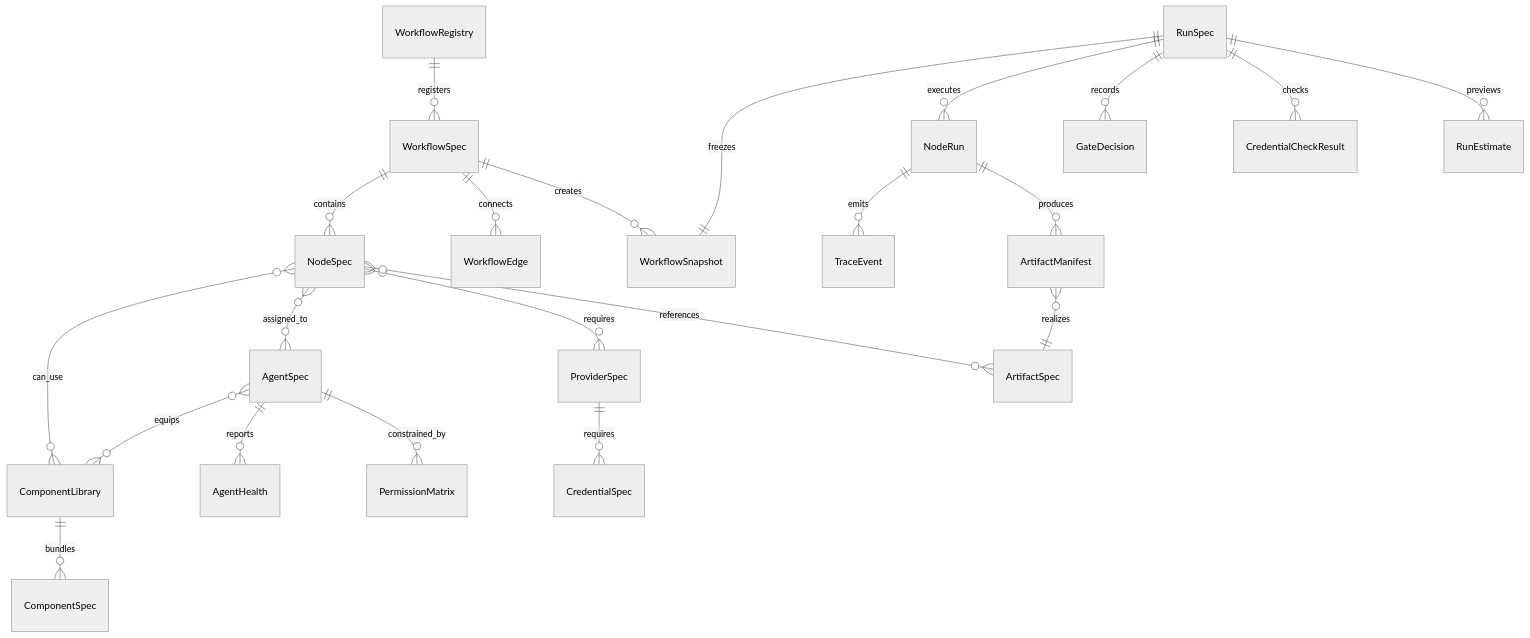
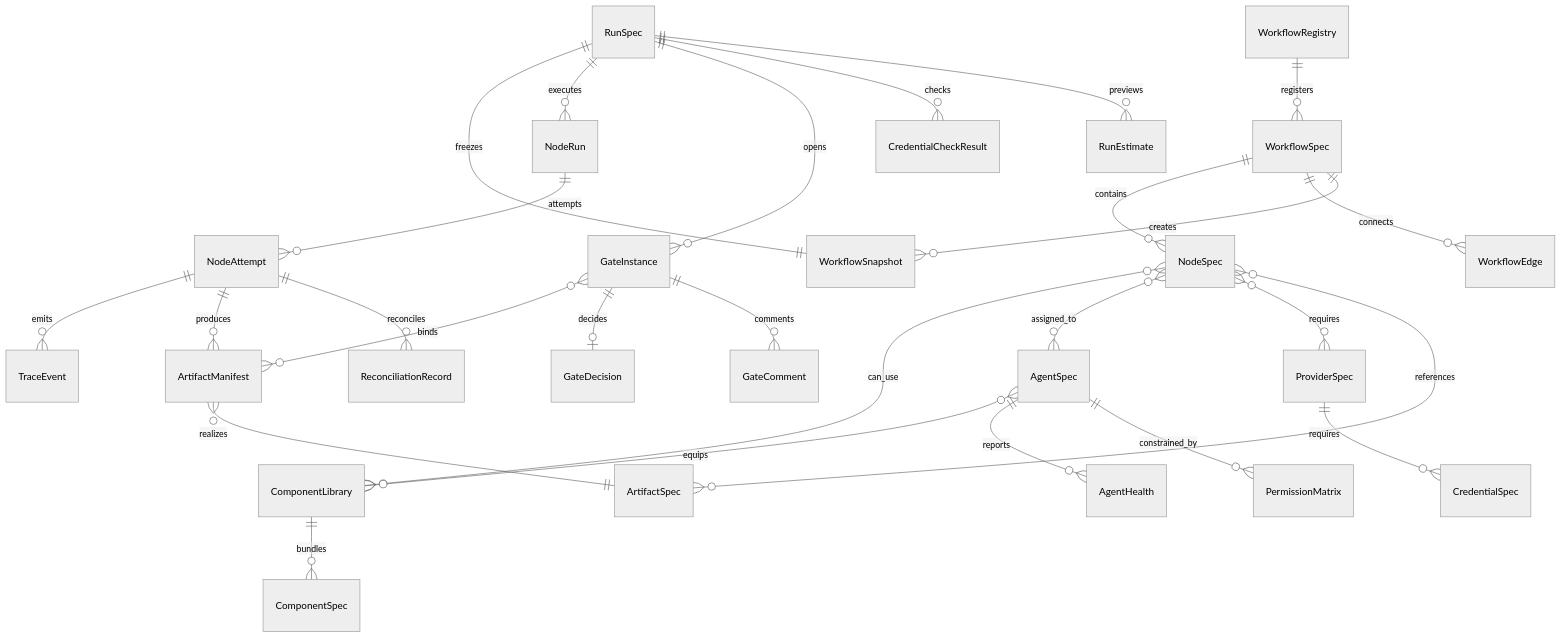
One commit to haozhangyue/miracle-agent changed the diagram in 01_核心架构与对象模型.md. Above: the diagram before and after it, drawn with Mermaid (neutral theme). The commit also changed other lines of this file and 20 other files, not shown here.

````diff
--- a/01_核心架构与对象模型.md
+++ b/01_核心架构与对象模型.md
@@ -27,24 +33,29 @@
 ```mermaid
 erDiagram
   WorkflowSpec ||--o{ NodeSpec : contains
   WorkflowSpec ||--o{ WorkflowEdge : connects
   NodeSpec }o--o{ ComponentLibrary : can_use
   ComponentLibrary ||--o{ ComponentSpec : bundles
   AgentSpec }o--o{ ComponentLibrary : equips
   NodeSpec }o--o{ AgentSpec : assigned_to
   NodeSpec }o--o{ ProviderSpec : requires
   RunSpec ||--|| WorkflowSnapshot : freezes
   WorkflowSpec ||--o{ WorkflowSnapshot : creates
   RunSpec ||--o{ NodeRun : executes
-  NodeRun ||--o{ TraceEvent : emits
+  NodeRun ||--o{ NodeAttempt : attempts
+  NodeAttempt ||--o{ TraceEvent : emits
   NodeSpec }o--o{ ArtifactSpec : references
-  NodeRun ||--o{ ArtifactManifest : produces
+  NodeAttempt ||--o{ ArtifactManifest : produces
   ArtifactManifest }o--|| ArtifactSpec : realizes
-  RunSpec ||--o{ GateDecision : records
+  RunSpec ||--o{ GateInstance : opens
+  GateInstance }o--o{ ArtifactManifest : binds
+  GateInstance ||--o| GateDecision : decides
+  GateInstance ||--o{ GateComment : comments
+  NodeAttempt ||--o{ ReconciliationRecord : reconciles
   WorkflowRegistry ||--o{ WorkflowSpec : registers
   AgentSpec ||--o{ AgentHealth : reports
   AgentSpec ||--o{ PermissionMatrix : constrained_by
   ProviderSpec ||--o{ CredentialSpec : requires
   RunSpec ||--o{ CredentialCheckResult : checks
   RunSpec ||--o{ RunEstimate : previews
 ```
````
